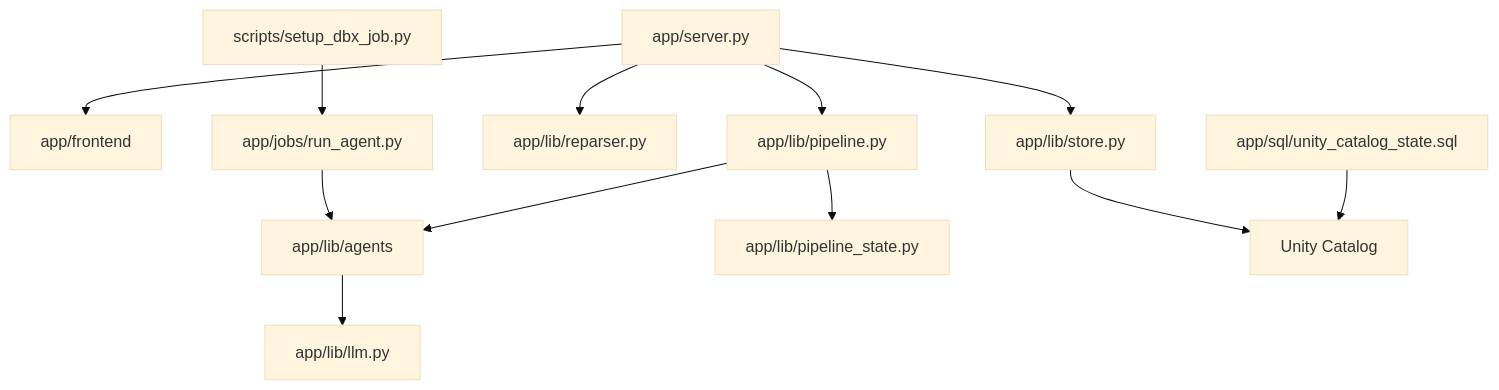
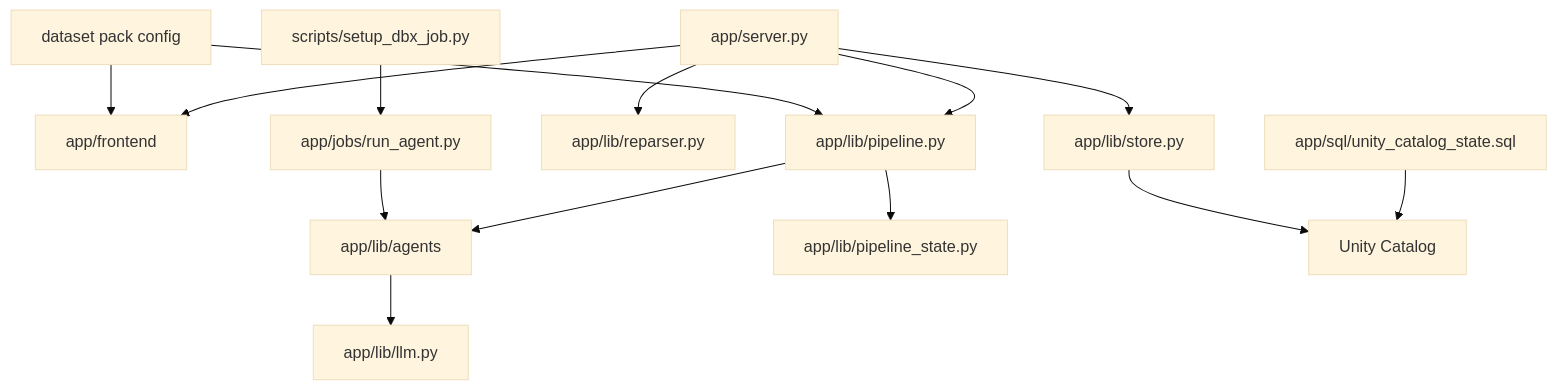
One commit to motobob/dbx_hack_doctors changed the first of 2 diagrams in TODO.md. Above: the diagram before and after it, drawn with Mermaid (base theme). The commit also changed other lines of this file and 40 other files, not shown here.

````diff
--- a/TODO.md
+++ b/TODO.md
@@ -57,14 +64,16 @@
 ```mermaid
 flowchart TB
   server[app/server.py] --> frontend[app/frontend]
   server --> store[app/lib/store.py]
   server --> reparser[app/lib/reparser.py]
   server --> pipeline[app/lib/pipeline.py]
   pipeline --> agents[app/lib/agents]
   agents --> llm[app/lib/llm.py]
   pipeline --> state[app/lib/pipeline_state.py]
   jobs[app/jobs/run_agent.py] --> agents
   setup[scripts/setup_dbx_job.py] --> jobs
   ddl[app/sql/unity_catalog_state.sql] --> uc[Unity Catalog]
   store --> uc
+  pack[dataset pack config] --> pipeline
+  pack --> frontend
 ```
````
